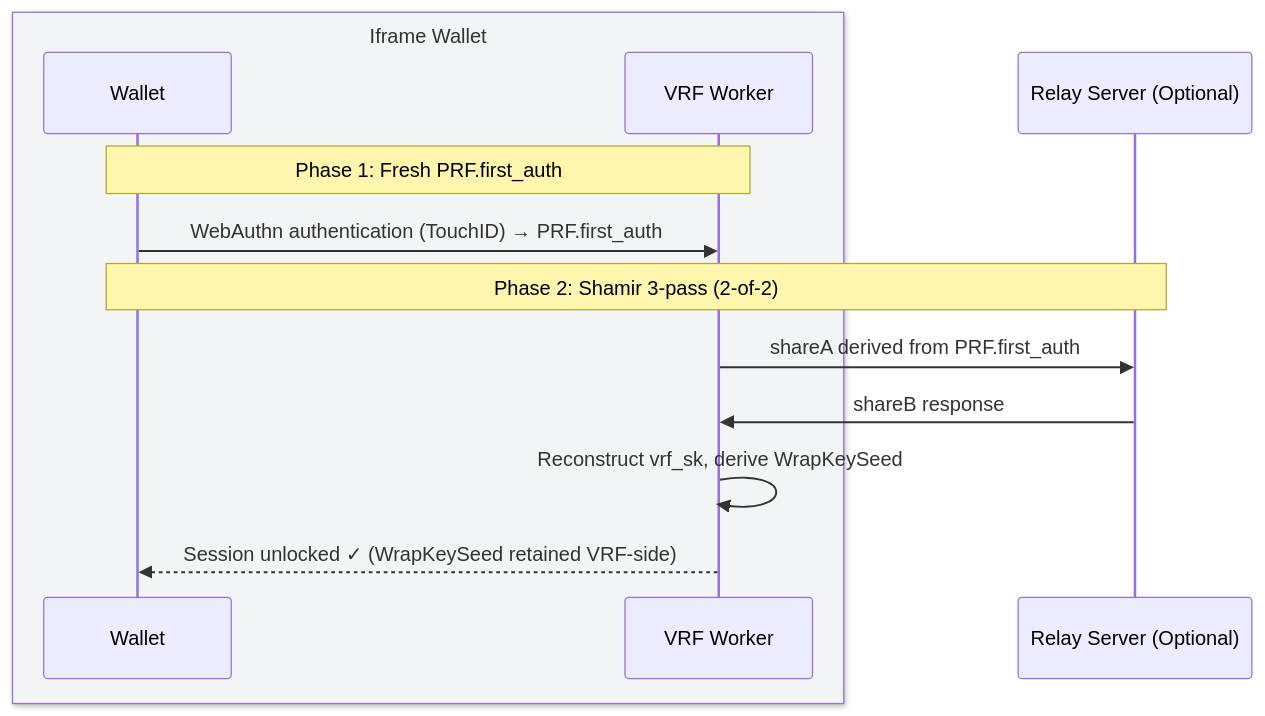
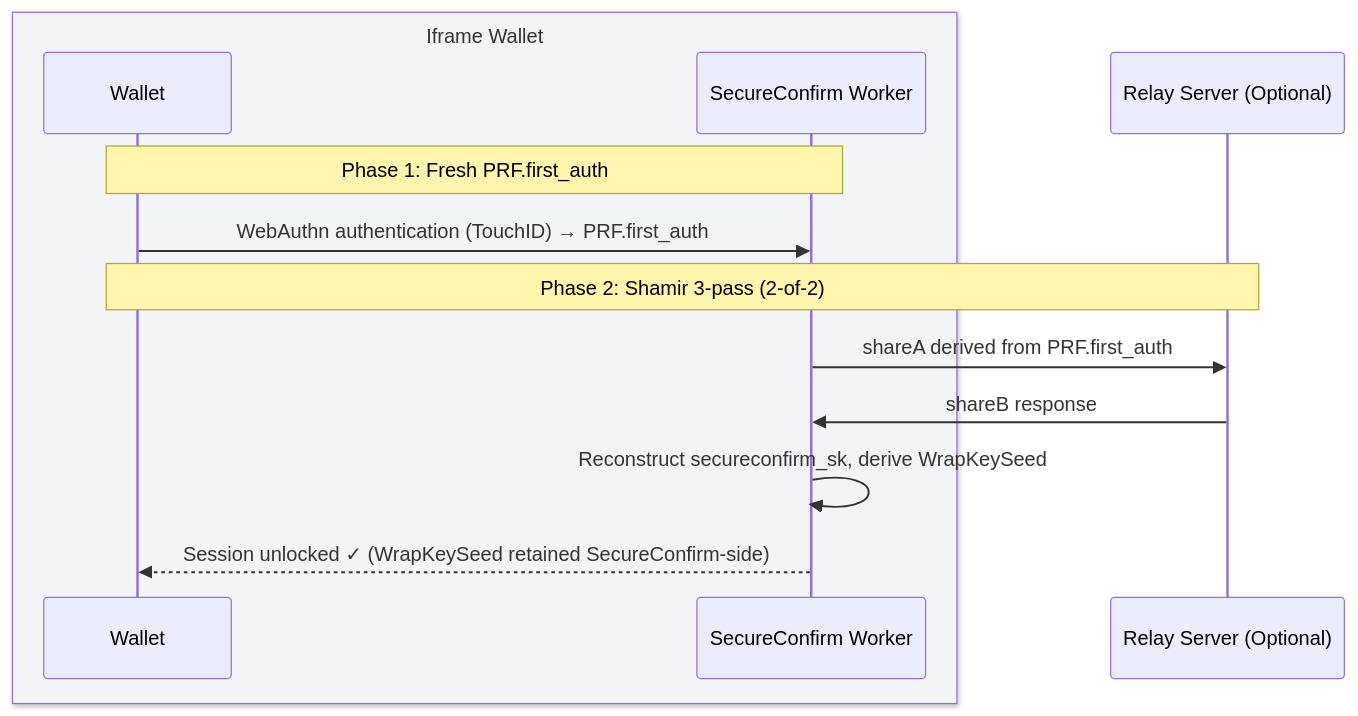
The second of 5 diagrams in examples/tatchi-docs/src/docs/concepts/architecture.md (peitalin/simple-threshold-signer), drawn with Mermaid before and after one commit. The commit also changed other lines of this file and 242 other files, not shown here.

````diff
--- a/examples/tatchi-docs/src/docs/concepts/architecture.md
+++ b/examples/tatchi-docs/src/docs/concepts/architecture.md
@@ -94,17 +94,17 @@
 ```mermaid
 sequenceDiagram
     box rgb(243, 244, 246) Iframe Wallet
     participant Wallet as Wallet
-    participant Worker as VRF Worker
+    participant Worker as SecureConfirm Worker
     end
     participant Relay as Relay Server (Optional)
 
     Note over Wallet,Worker: Phase 1: Fresh PRF.first_auth
     Wallet->>Worker: WebAuthn authentication (TouchID) → PRF.first_auth
 
     Note over Wallet,Relay: Phase 2: Shamir 3-pass (2-of-2)
     Worker->>Relay: shareA derived from PRF.first_auth
     Relay->>Worker: shareB response
-    Worker->>Worker: Reconstruct vrf_sk, derive WrapKeySeed
-    Worker-->>Wallet: Session unlocked ✓ (WrapKeySeed retained VRF-side)
+    Worker->>Worker: Reconstruct secureconfirm_sk, derive WrapKeySeed
+    Worker-->>Wallet: Session unlocked ✓ (WrapKeySeed retained SecureConfirm-side)
 ```
````
